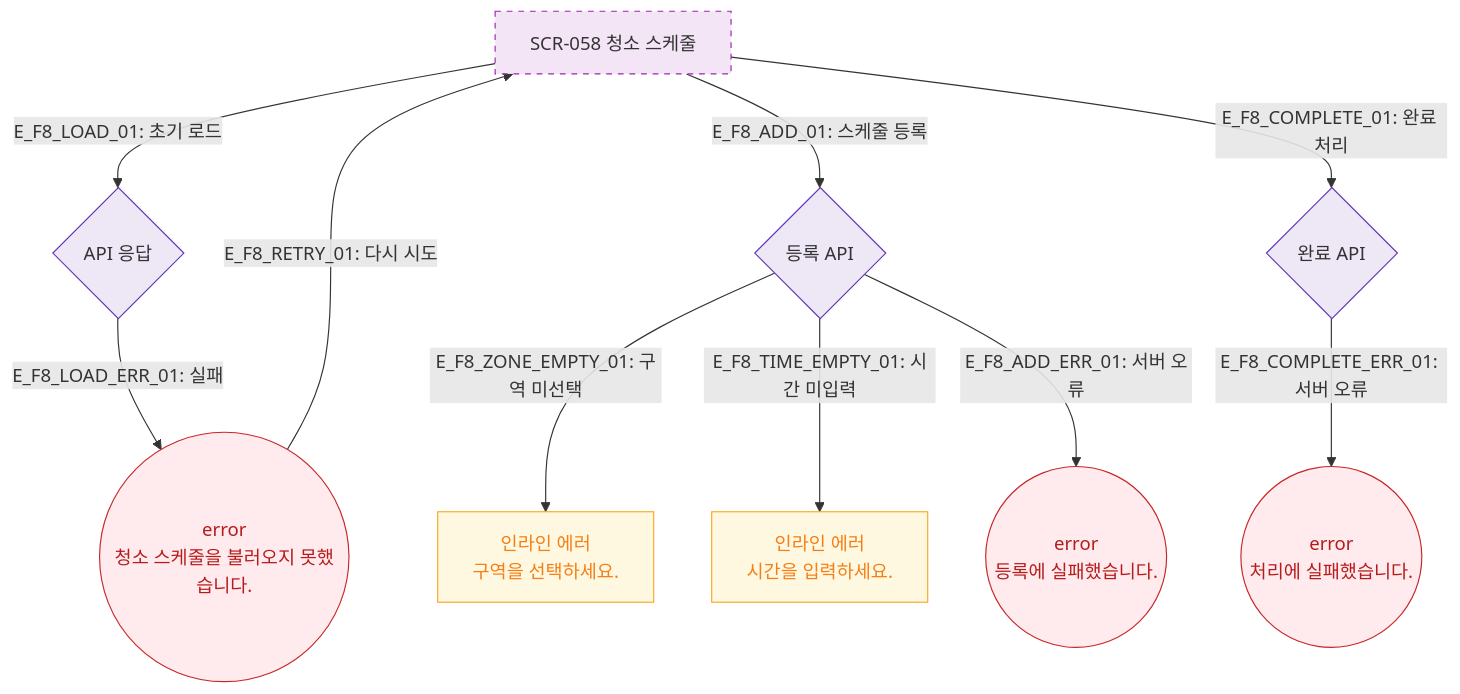
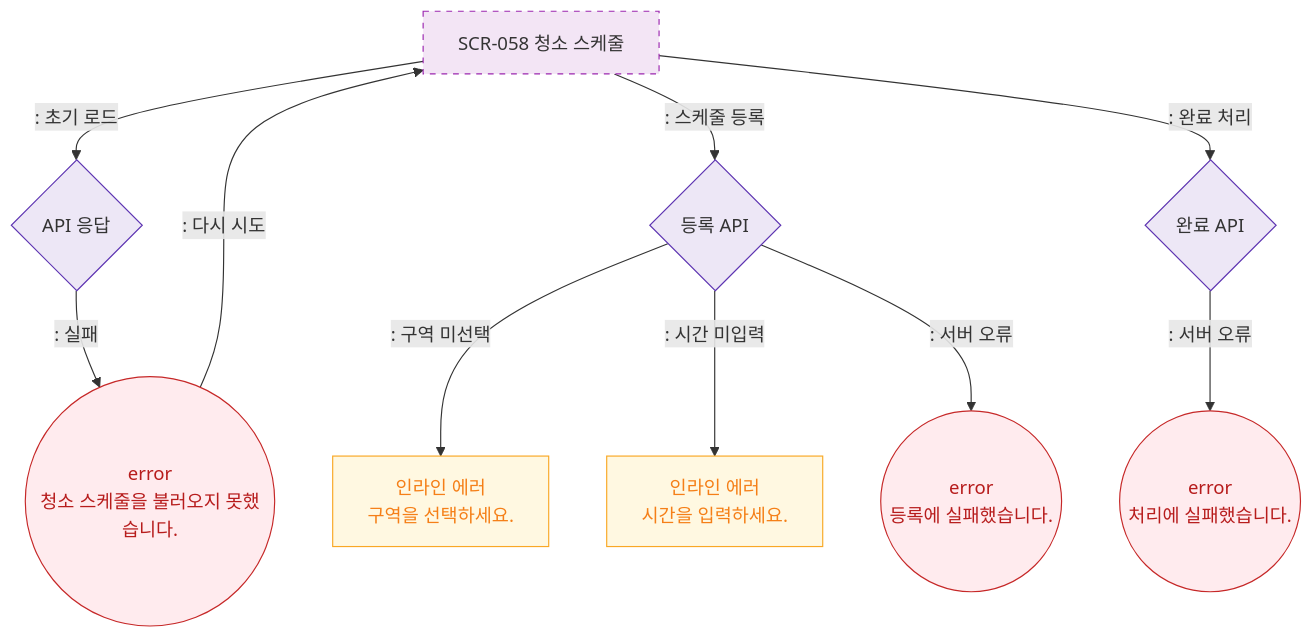
One commit to dev-spogym/admin-pando changed the diagram in docs/다이어그램/D06_시설관리/SCR-058_청소스케줄/F8_에러.md. Above: the diagram before and after it, drawn with Mermaid. The commit also changed other lines of this file and 1660 other files, not shown here.

First line of the commit message:
다이어그램: 기획자/클라이언트 납품본으로 정리

````diff
--- a/docs/다이어그램/D06_시설관리/SCR-058_청소스케줄/F8_에러.md
+++ b/docs/다이어그램/D06_시설관리/SCR-058_청소스케줄/F8_에러.md
@@ -16,25 +14,25 @@
 ```mermaid
 flowchart TD
     SCR_058[SCR-058 청소 스케줄]
 
-    SCR_058 -->|"E_F8_LOAD_01: 초기 로드"| LoadAPI{API 응답}
-    LoadAPI -->|"E_F8_LOAD_ERR_01: 실패"| ErrLoad((error\n청소 스케줄을 불러오지 못했습니다.))
-    ErrLoad -->|"E_F8_RETRY_01: 다시 시도"| SCR_058
+    SCR_058 -->|": 초기 로드"|LoadAPI{API 응답}
+    LoadAPI -->|": 실패"|ErrLoad((error\n청소 스케줄을 불러오지 못했습니다.))
+    ErrLoad -->|": 다시 시도"|SCR_058
 
-    SCR_058 -->|"E_F8_ADD_01: 스케줄 등록"| AddAPI{등록 API}
-    AddAPI -->|"E_F8_ZONE_EMPTY_01: 구역 미선택"| ErrZone[인라인 에러\n구역을 선택하세요.]
-    AddAPI -->|"E_F8_TIME_EMPTY_01: 시간 미입력"| ErrTime[인라인 에러\n시간을 입력하세요.]
-    AddAPI -->|"E_F8_ADD_ERR_01: 서버 오류"| ErrAdd((error\n등록에 실패했습니다.))
+    SCR_058 -->|": 스케줄 등록"|AddAPI{등록 API}
+    AddAPI -->|": 구역 미선택"|ErrZone[인라인 에러\n구역을 선택하세요.]
+    AddAPI -->|": 시간 미입력"|ErrTime[인라인 에러\n시간을 입력하세요.]
+    AddAPI -->|": 서버 오류"|ErrAdd((error\n등록에 실패했습니다.))
 
-    SCR_058 -->|"E_F8_COMPLETE_01: 완료 처리"| CompleteAPI{완료 API}
-    CompleteAPI -->|"E_F8_COMPLETE_ERR_01: 서버 오류"| ErrComplete((error\n처리에 실패했습니다.))
+    SCR_058 -->|": 완료 처리"|CompleteAPI{완료 API}
+    CompleteAPI -->|": 서버 오류"|ErrComplete((error\n처리에 실패했습니다.))
 
     classDef newFeature fill:#F3E5F5,stroke:#9C27B0,stroke-dasharray:5 5
     classDef error fill:#FFEBEE,stroke:#C62828,color:#B71C1C
     classDef warning fill:#FFF8E1,stroke:#F9A825,color:#F57F17
     classDef system fill:#EDE7F6,stroke:#5E35B2
     class SCR_058 newFeature
     class ErrLoad,ErrAdd,ErrComplete error
     class ErrZone,ErrTime warning
     class LoadAPI,AddAPI,CompleteAPI system
 ```
````
